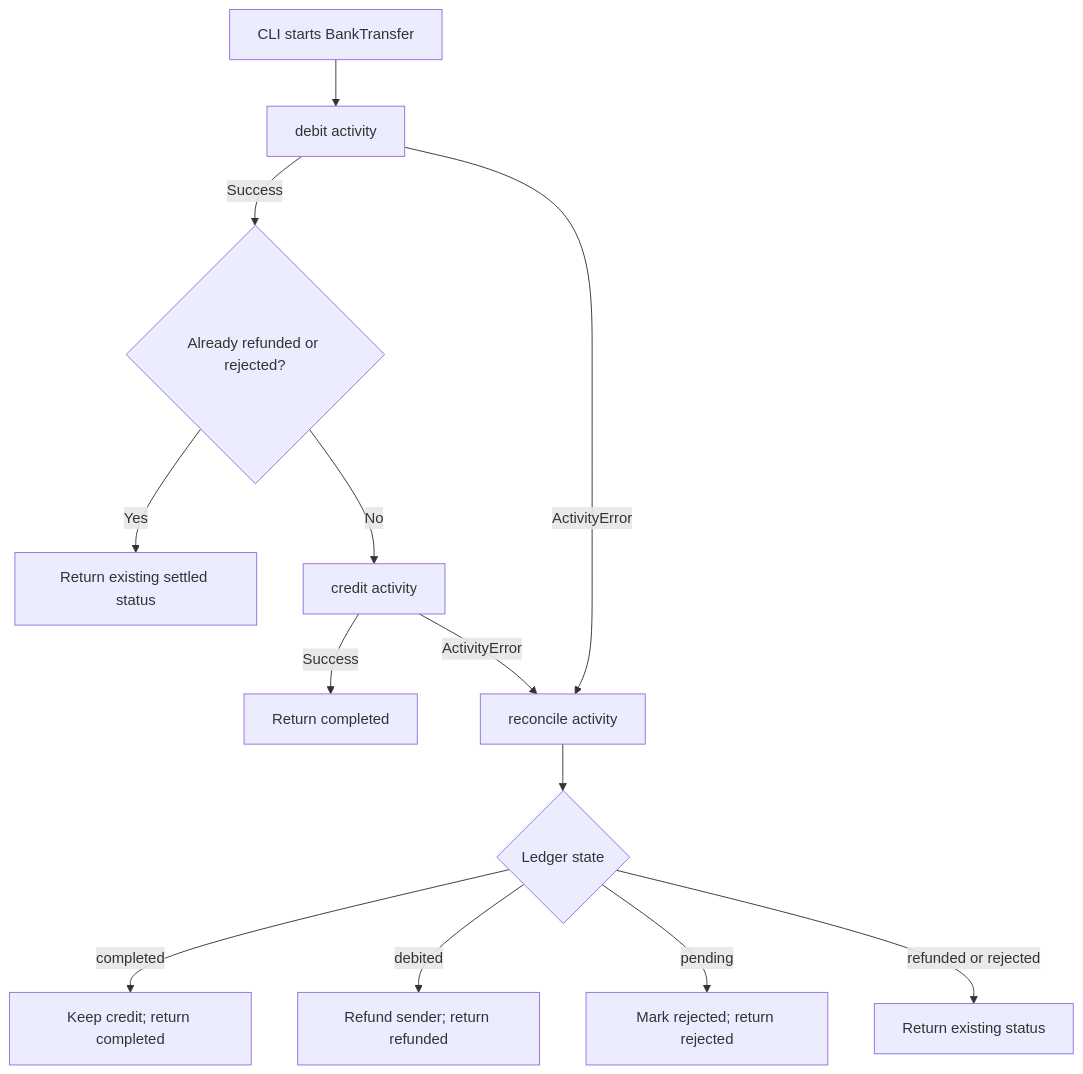
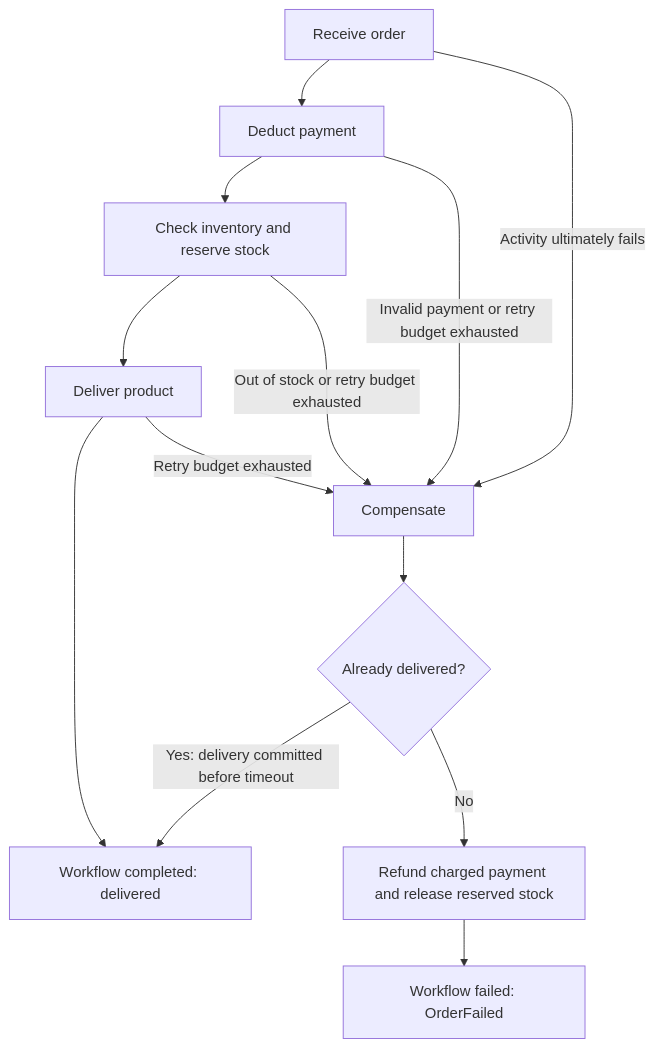
One commit to samimriaz/temporal_workflow changed the second of 3 diagrams in README.md. Above: the diagram before and after it, drawn with Mermaid. The commit also changed other lines of this file and 28 other files, not shown here.

````diff
--- a/README.md
+++ b/README.md
@@ -76,15 +65,15 @@
 ```mermaid
 flowchart TD
-    START["CLI starts BankTransfer"] --> DEBIT["debit activity"]
-    DEBIT -->|Success| SETTLED{"Already refunded or rejected?"}
-    SETTLED -->|Yes| EXISTING["Return existing settled status"]
-    SETTLED -->|No| CREDIT["credit activity"]
-    CREDIT -->|Success| DONE["Return completed"]
-    DEBIT -->|ActivityError| REC["reconcile activity"]
-    CREDIT -->|ActivityError| REC
-    REC --> STATE{"Ledger state"}
-    STATE -->|completed| KEEP["Keep credit; return completed"]
-    STATE -->|debited| REFUND["Refund sender; return refunded"]
-    STATE -->|pending| REJECT["Mark rejected; return rejected"]
-    STATE -->|refunded or rejected| UNCHANGED["Return existing status"]
+    R["Receive order"] --> P["Deduct payment"]
+    P --> I["Check inventory and reserve stock"]
+    I --> D["Deliver product"]
+    D --> OK["Workflow completed: delivered"]
+    R -->|Activity ultimately fails| C["Compensate"]
+    P -->|Invalid payment or retry budget exhausted| C
+    I -->|Out of stock or retry budget exhausted| C
+    D -->|Retry budget exhausted| C
+    C --> CHECK{"Already delivered?"}
+    CHECK -->|Yes: delivery committed before timeout| OK
+    CHECK -->|No| REF["Refund charged payment and release reserved stock"]
+    REF --> FAIL["Workflow failed: OrderFailed"]
 ```
````
